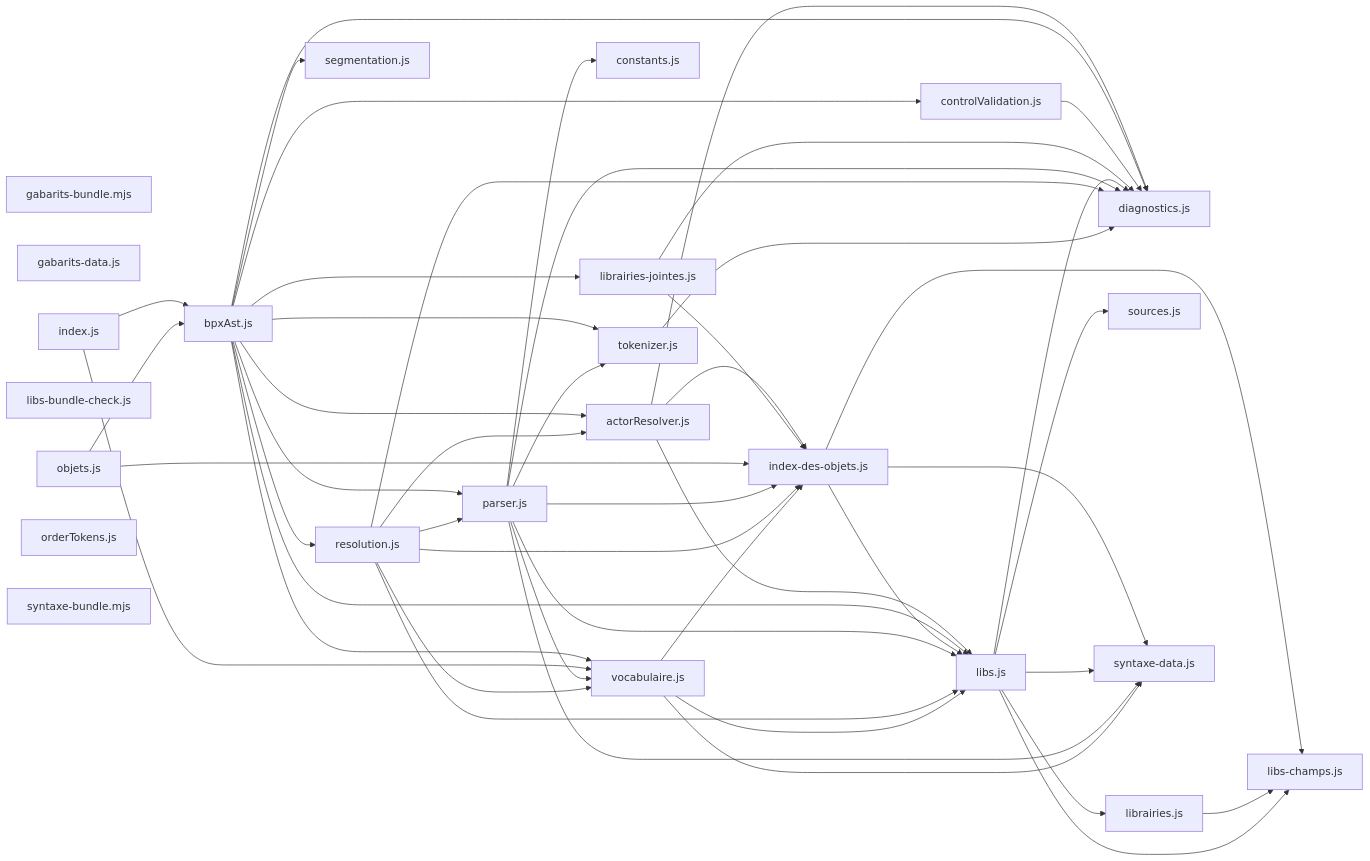
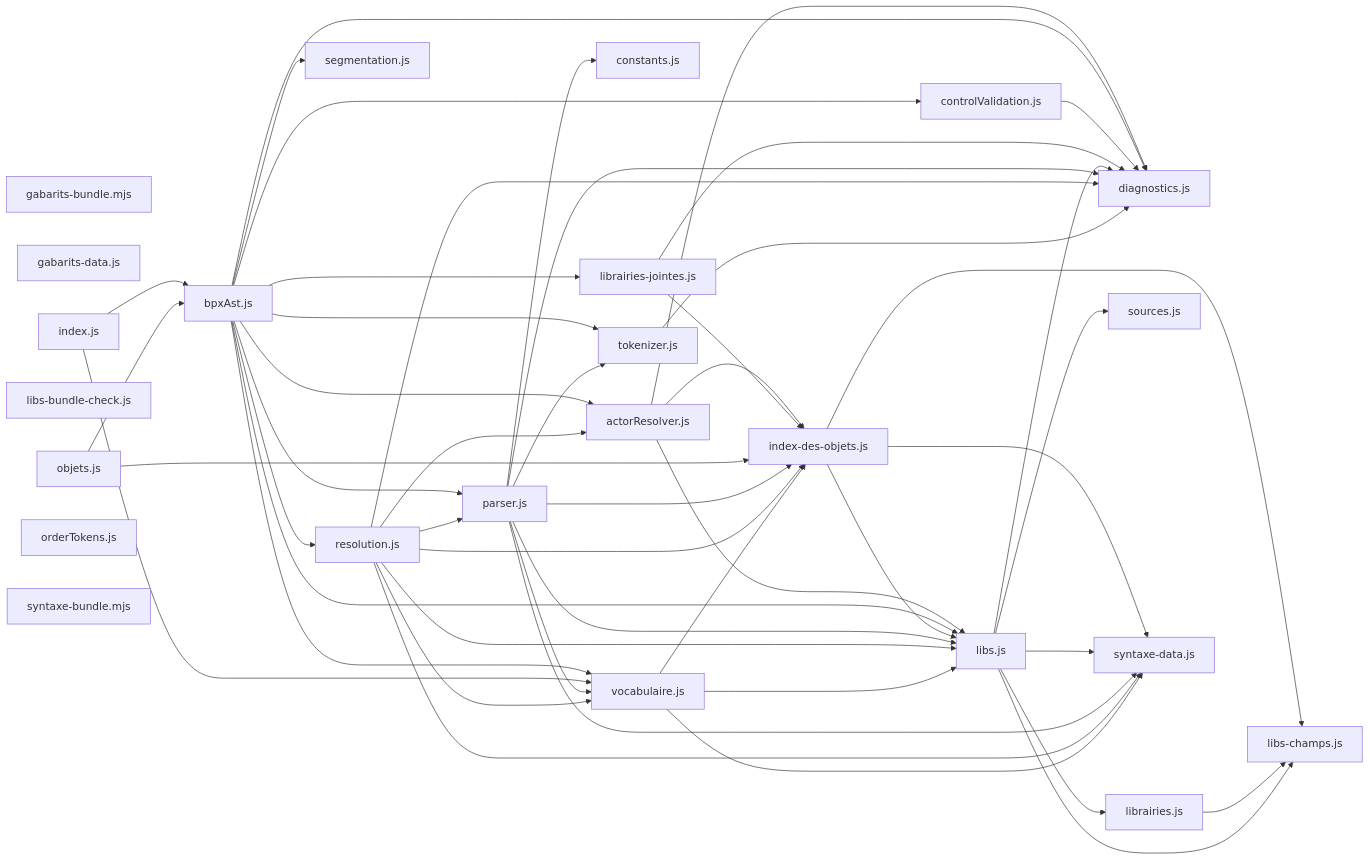
One commit to roomi-fields/BPscript changed the diagram in docs/arch/carte-reel.md. Above: the diagram before and after it, drawn with Mermaid. The commit also changed other lines of this file and 23 other files, not shown here.

````diff
--- a/docs/arch/carte-reel.md
+++ b/docs/arch/carte-reel.md
@@ -43,73 +43,74 @@
 ```mermaid
 flowchart LR
   actorResolver_js["actorResolver.js"]
   bpxAst_js["bpxAst.js"]
   constants_js["constants.js"]
   controlValidation_js["controlValidation.js"]
   diagnostics_js["diagnostics.js"]
   gabarits_bundle_mjs["gabarits-bundle.mjs"]
   gabarits_data_js["gabarits-data.js"]
   index_des_objets_js["index-des-objets.js"]
   index_js["index.js"]
   librairies_jointes_js["librairies-jointes.js"]
   librairies_js["librairies.js"]
   libs_bundle_check_js["libs-bundle-check.js"]
   libs_champs_js["libs-champs.js"]
   libs_js["libs.js"]
   objets_js["objets.js"]
   orderTokens_js["orderTokens.js"]
   parser_js["parser.js"]
   resolution_js["resolution.js"]
   segmentation_js["segmentation.js"]
   sources_js["sources.js"]
   syntaxe_bundle_mjs["syntaxe-bundle.mjs"]
   syntaxe_data_js["syntaxe-data.js"]
   tokenizer_js["tokenizer.js"]
   vocabulaire_js["vocabulaire.js"]
   actorResolver_js --> diagnostics_js
   actorResolver_js --> libs_js
   actorResolver_js --> index_des_objets_js
   bpxAst_js --> tokenizer_js
   bpxAst_js --> parser_js
   bpxAst_js --> resolution_js
   bpxAst_js --> libs_js
   bpxAst_js --> vocabulaire_js
   bpxAst_js --> segmentation_js
   bpxAst_js --> actorResolver_js
   bpxAst_js --> controlValidation_js
   bpxAst_js --> librairies_jointes_js
   bpxAst_js --> diagnostics_js
   controlValidation_js --> diagnostics_js
   index_des_objets_js --> libs_js
   index_des_objets_js --> libs_champs_js
   index_des_objets_js --> syntaxe_data_js
   index_js --> bpxAst_js
   index_js --> vocabulaire_js
   librairies_jointes_js --> diagnostics_js
   librairies_jointes_js --> index_des_objets_js
   librairies_js --> libs_champs_js
   libs_js --> diagnostics_js
   libs_js --> librairies_js
   libs_js --> sources_js
   libs_js --> libs_champs_js
   libs_js --> syntaxe_data_js
   objets_js --> bpxAst_js
   objets_js --> index_des_objets_js
   parser_js --> tokenizer_js
   parser_js --> index_des_objets_js
   parser_js --> libs_js
   parser_js --> vocabulaire_js
   parser_js --> constants_js
   parser_js --> syntaxe_data_js
   parser_js --> diagnostics_js
   resolution_js --> diagnostics_js
+  resolution_js --> syntaxe_data_js
   resolution_js --> actorResolver_js
   resolution_js --> parser_js
   resolution_js --> index_des_objets_js
   resolution_js --> libs_js
   resolution_js --> vocabulaire_js
   tokenizer_js --> diagnostics_js
   vocabulaire_js --> index_des_objets_js
   vocabulaire_js --> libs_js
   vocabulaire_js --> syntaxe_data_js
 ```
````
